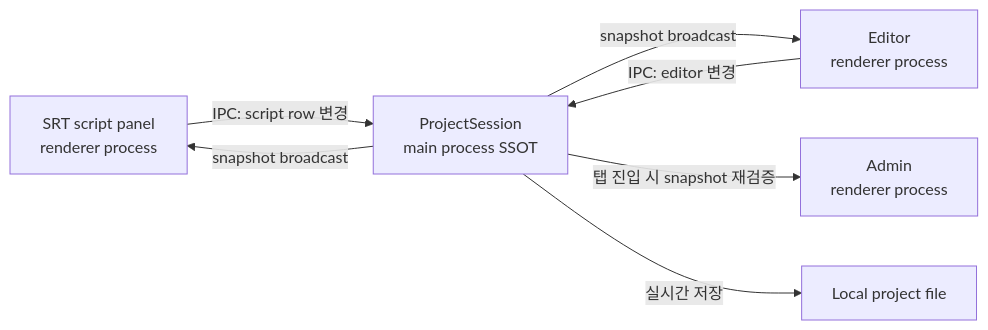
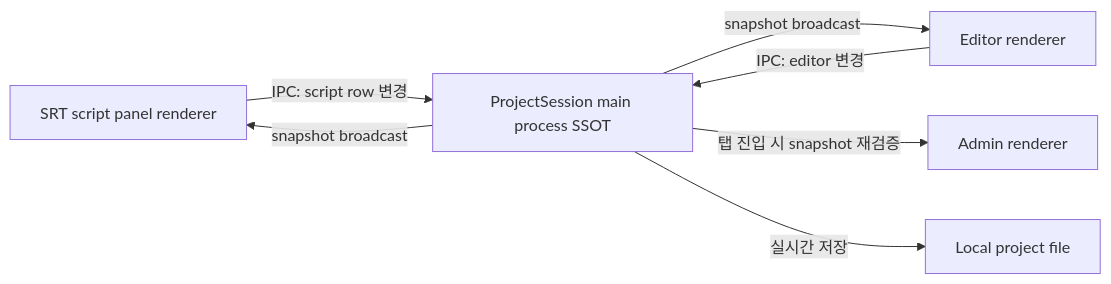
The diagram in content/posts/electron-multi-window-state-ssot.md (whizzkid1452/blog), drawn with Mermaid before and after one commit. The commit also changed 3 other files, not shown here.

Commit message:
feat(markdown): render Mermaid diagrams

````diff
--- a/content/posts/electron-multi-window-state-ssot.md
+++ b/content/posts/electron-multi-window-state-ssot.md
@@ -62,15 +62,15 @@
 ```mermaid
 flowchart LR
-  ScriptPanel["SRT script panel<br/>renderer process"]
-  Editor["Editor<br/>renderer process"]
-  Admin["Admin<br/>renderer process"]
-  ProjectSession["ProjectSession<br/>main process SSOT"]
+  ScriptPanel["SRT script panel renderer"]
+  Editor["Editor renderer"]
+  Admin["Admin renderer"]
+  ProjectSession["ProjectSession main process SSOT"]
   LocalFile["Local project file"]
 
   ScriptPanel -->|IPC: script row 변경| ProjectSession
   Editor -->|IPC: editor 변경| ProjectSession
   ProjectSession -->|snapshot broadcast| ScriptPanel
   ProjectSession -->|snapshot broadcast| Editor
   ProjectSession -->|탭 진입 시 snapshot 재검증| Admin
   ProjectSession -->|실시간 저장| LocalFile
 ```
````
